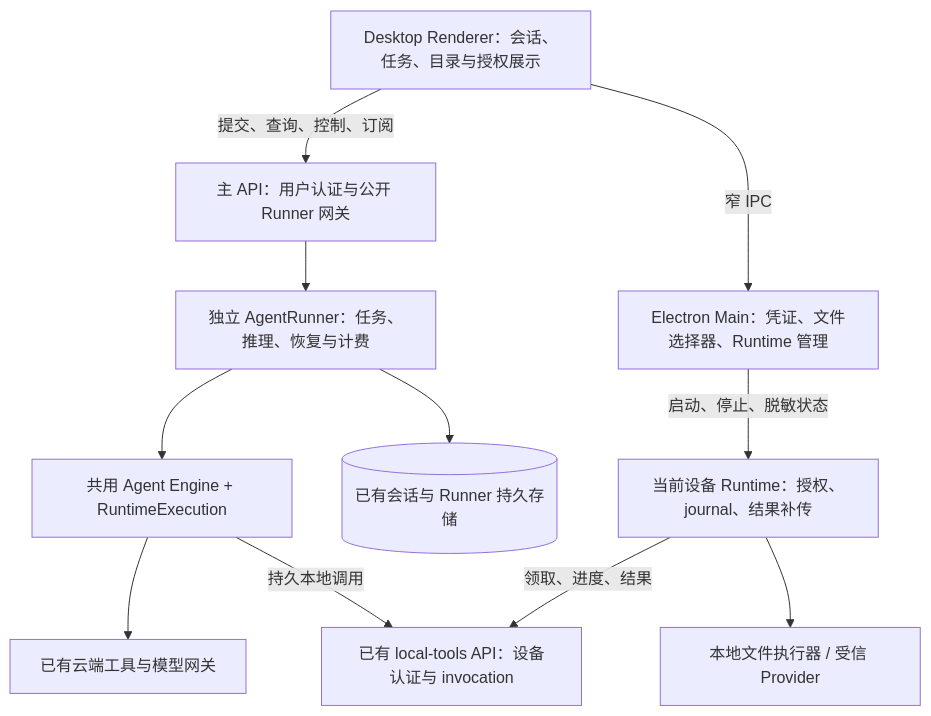
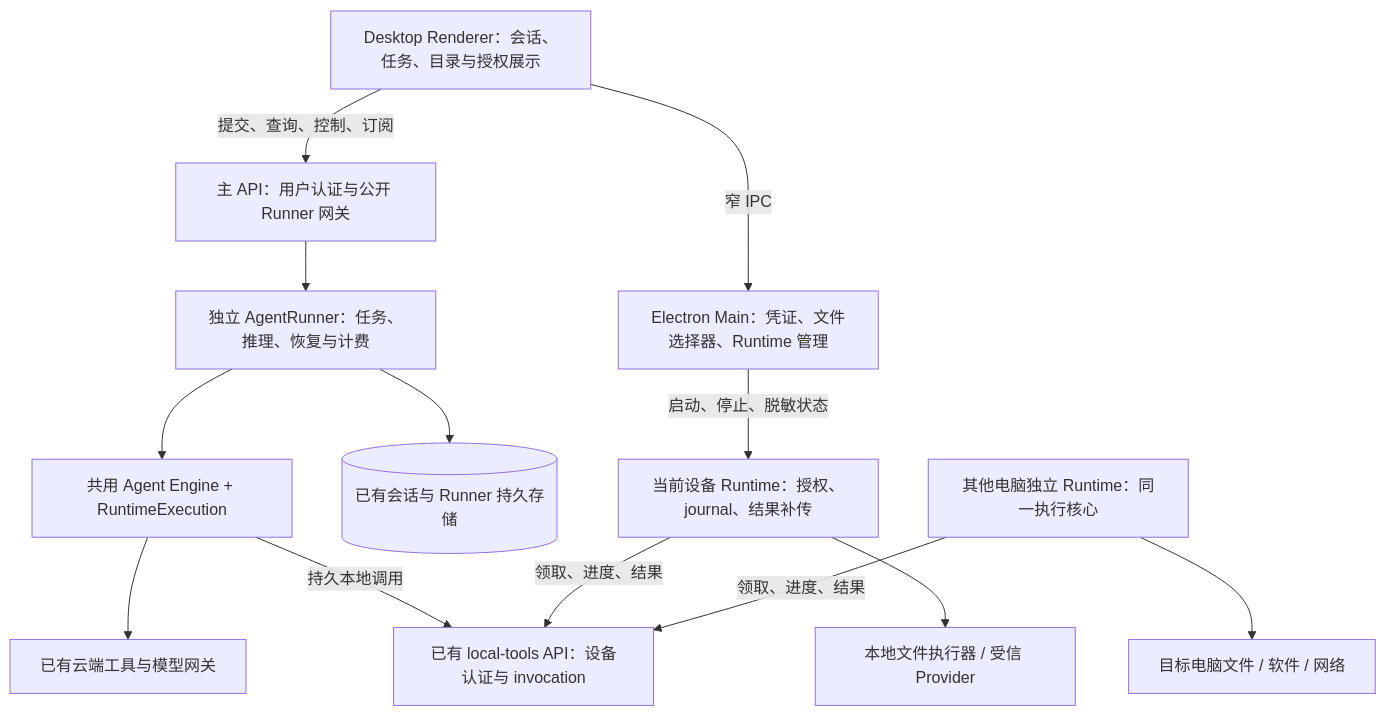
The diagram in docs/system/desktop-agent-client-design.md (ethynic/aid-work-agent), drawn with Mermaid before and after one commit. The commit also changed other lines of this file and 155 other files, not shown here.

First line of the commit message:
feat(runtime): 交付独立插件 Host 和 Windows 验收客户端

````diff
--- a/docs/system/desktop-agent-client-design.md
+++ b/docs/system/desktop-agent-client-design.md
@@ -63,23 +63,26 @@
 ```mermaid
 flowchart TB
   UI[Desktop Renderer：会话、任务、目录与授权展示]
   Main[Electron Main：凭证、文件选择器、Runtime 管理]
   Gateway[主 API：用户认证与公开 Runner 网关]
   Runner[独立 AgentRunner：任务、推理、恢复与计费]
   Engine[共用 Agent Engine + RuntimeExecution]
   DB[(已有会话与 Runner 持久存储)]
   LocalAPI[已有 local-tools API：设备认证与 invocation]
   Host[当前设备 Runtime：授权、journal、结果补传]
+  RemoteHost[其他电脑独立 Runtime：同一执行核心]
   Provider[本地文件执行器 / 受信 Provider]
   Cloud[已有云端工具与模型网关]
   UI -->|提交、查询、控制、订阅| Gateway
   UI -->|窄 IPC| Main
   Main -->|启动、停止、脱敏状态| Host
   Gateway --> Runner
   Runner --> Engine
   Runner --> DB
   Engine --> Cloud
   Engine -->|持久本地调用| LocalAPI
   Host -->|领取、进度、结果| LocalAPI
   Host --> Provider
+  RemoteHost -->|领取、进度、结果| LocalAPI
+  RemoteHost --> RemoteProvider[目标电脑文件 / 软件 / 网络]
 ```
````
